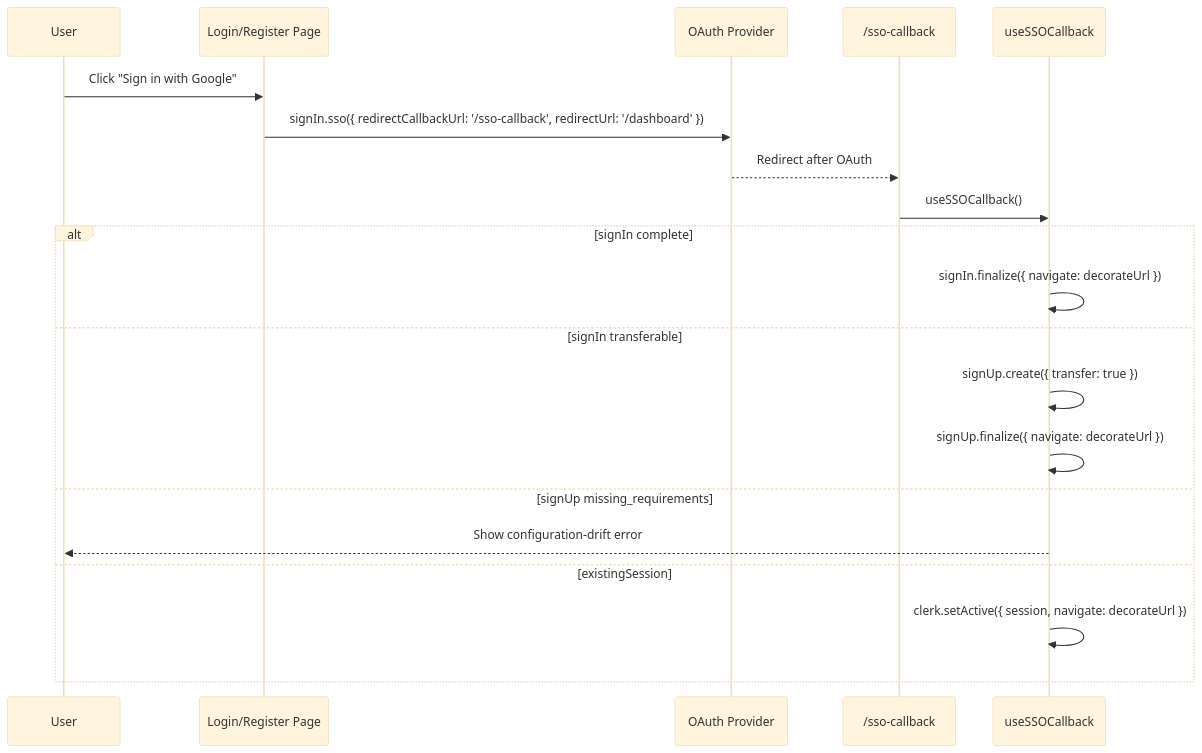
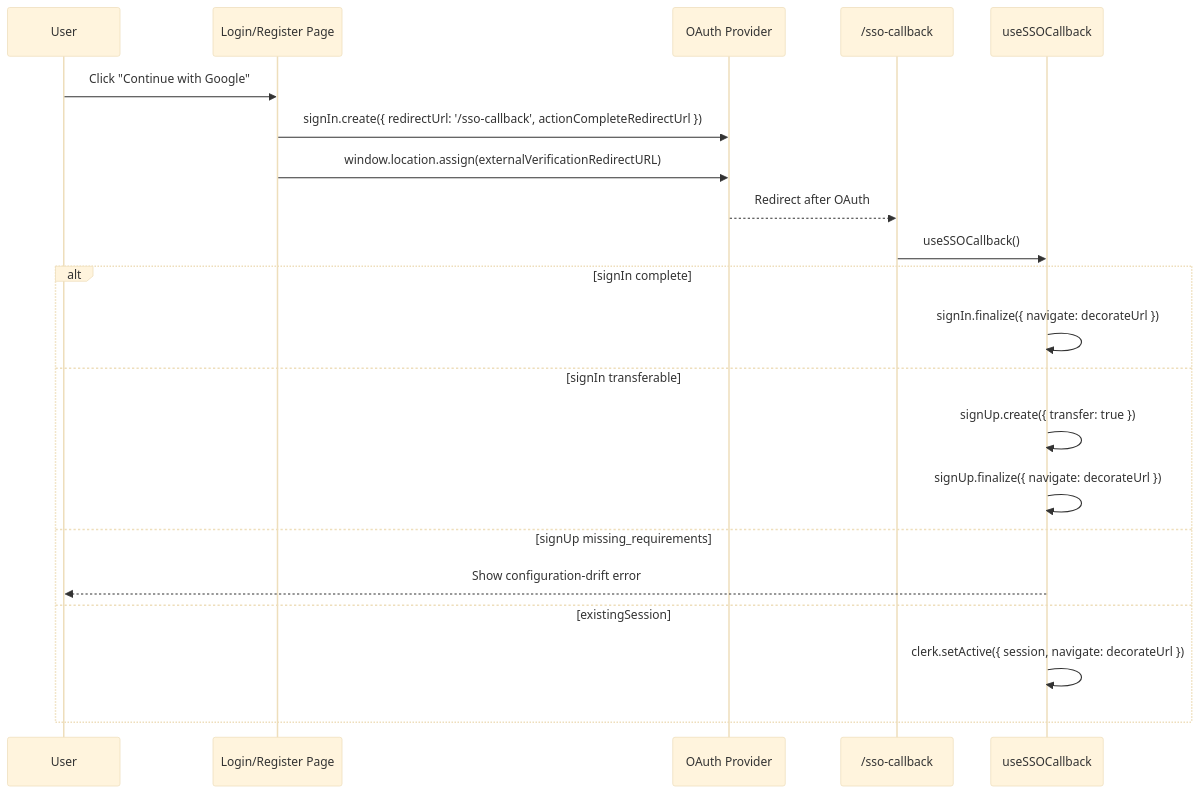
The diagram in docs/architecture/auth/sso.md (myusubov/tailorcv), drawn with Mermaid (base theme) before and after one commit. The commit also changed other lines of this file and 4 other files, not shown here.

````diff
--- a/docs/architecture/auth/sso.md
+++ b/docs/architecture/auth/sso.md
@@ -52,23 +53,24 @@
 ```mermaid
 sequenceDiagram
     participant U as User
     participant L as Login/Register Page
     participant O as OAuth Provider
     participant CB as /sso-callback
     participant Hook as useSSOCallback
 
-    U->>L: Click "Sign in with Google"
-    L->>O: signIn.sso({ redirectCallbackUrl: '/sso-callback', redirectUrl: '/dashboard' })
+    U->>L: Click "Continue with Google"
+    L->>O: signIn.create({ redirectUrl: '/sso-callback', actionCompleteRedirectUrl })
+    L->>O: window.location.assign(externalVerificationRedirectURL)
     O-->>CB: Redirect after OAuth
     CB->>Hook: useSSOCallback()
     alt signIn complete
         Hook->>Hook: signIn.finalize({ navigate: decorateUrl })
     else signIn transferable
         Hook->>Hook: signUp.create({ transfer: true })
         Hook->>Hook: signUp.finalize({ navigate: decorateUrl })
     else signUp missing_requirements
         Hook-->>U: Show configuration-drift error
     else existingSession
         Hook->>Hook: clerk.setActive({ session, navigate: decorateUrl })
     end
 ```
````
